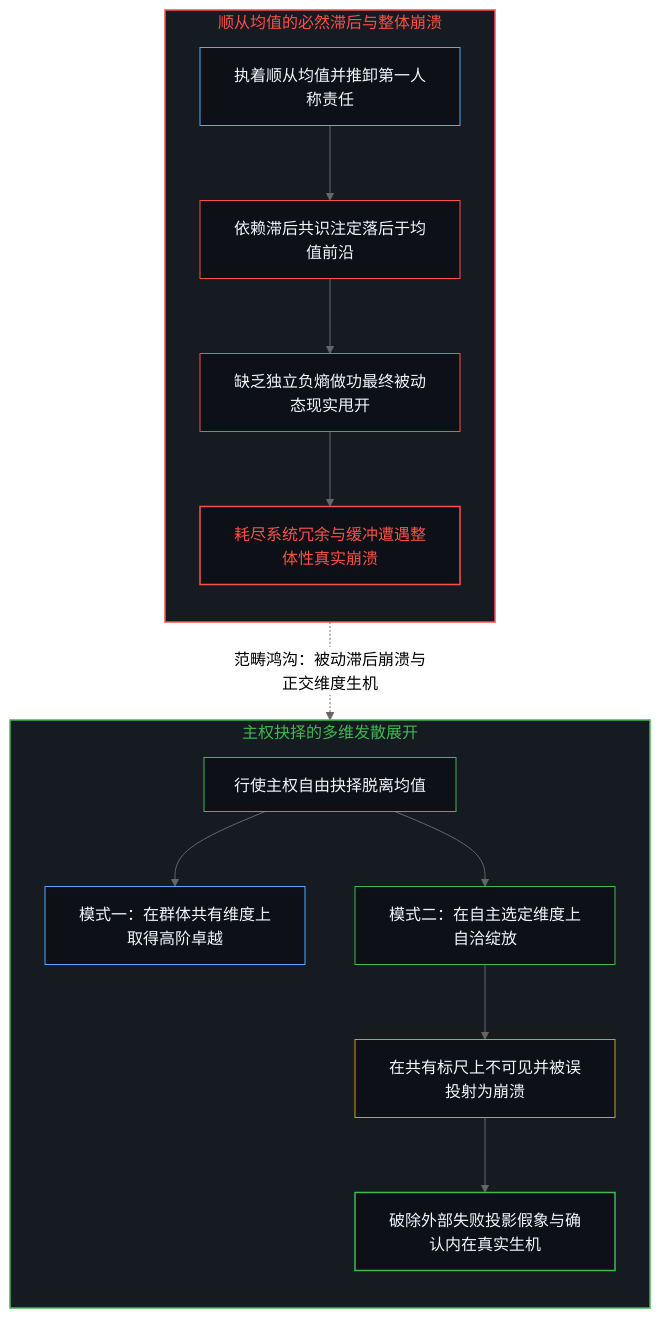
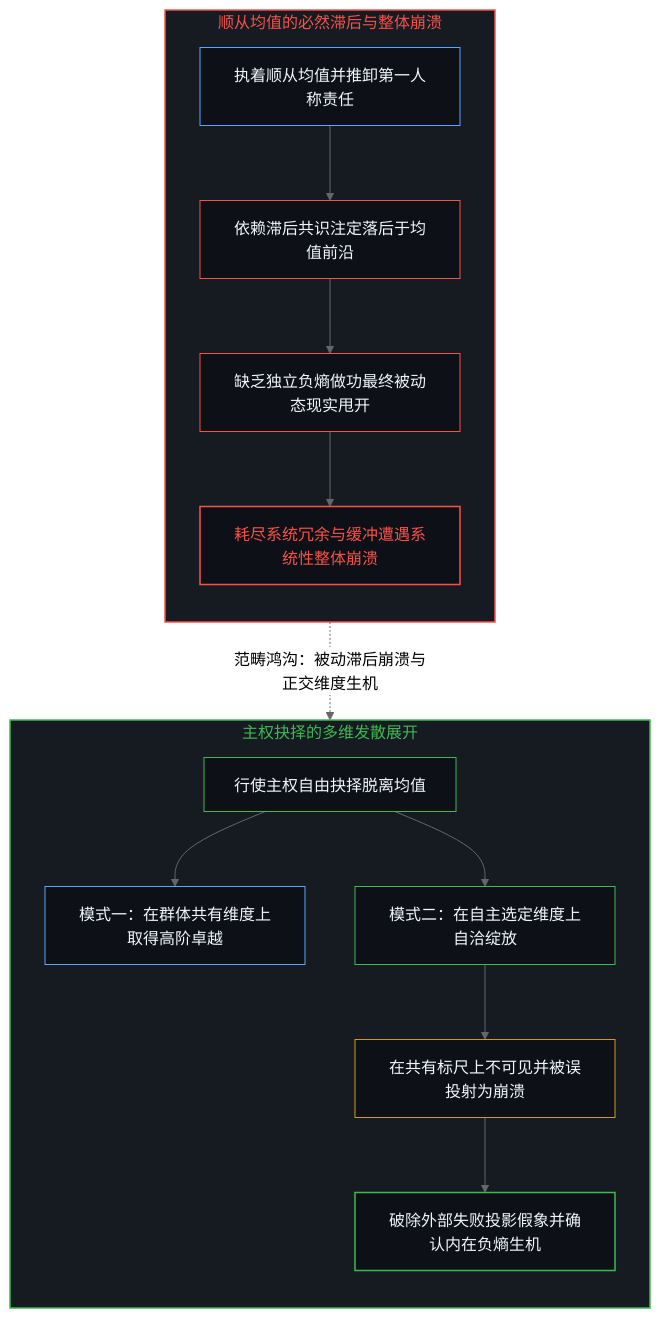
The seventh of 10 diagrams in content/posts/the-explanatory-trap-of-the-ordinary-perspective.md (powerpig99/not-a-toe), drawn with Mermaid (neutral theme) before and after one commit. The commit also changed other lines of this file and 2 other files, not shown here.

````diff
--- a/content/posts/the-explanatory-trap-of-the-ordinary-perspective.md
+++ b/content/posts/the-explanatory-trap-of-the-ordinary-perspective.md
@@ -239,31 +221,28 @@
 ```mermaid
 flowchart TD
     subgraph S_MeanConformity ["顺从均值的必然滞后与整体崩溃"]
         direction TB
         C_Conform["执着顺从均值并推卸第一人称责任"] --> C_Lag["依赖滞后共识注定落后于均值前沿"]
         C_Lag --> C_Outrun["缺乏独立负熵做功最终被动态现实甩开"]
-        C_Outrun --> C_Collapse["耗尽系统冗余与缓冲遭遇整体性真实崩溃"]
+        C_Outrun --> C_Collapse["耗尽系统冗余与缓冲遭遇系统性整体崩溃"]
     end
-
     subgraph S_SovereignBreak ["主权抉择的多维发散展开"]
         direction TB
         S_Break["行使主权自由抉择脱离均值"] --> S_Shared["模式一：在群体共有维度上取得高阶卓越"]
         S_Break --> S_Orthogonal["模式二：在自主选定维度上自洽绽放"]
         S_Orthogonal --> S_Projection["在共有标尺上不可见并被误投射为崩溃"]
-        S_Projection --> S_Reality["破除外部失败投影假象与确认内在真实生机"]
+        S_Projection --> S_Reality["破除外部失败投影假象并确认内在负熵生机"]
     end
-
     C_Collapse -.->|"范畴鸿沟：被动滞后崩溃与正交维度生机"| S_Projection
-
     style S_MeanConformity fill:#161b22,stroke:#f85149,stroke-width:1.5px,color:#f85149
     style S_SovereignBreak fill:#161b22,stroke:#3fb950,stroke-width:1.5px,color:#3fb950
     style C_Conform fill:#0d1117,stroke:#58a6ff,stroke-width:1px,color:#f0f6fc
     style C_Lag fill:#0d1117,stroke:#f85149,stroke-width:1px,color:#f0f6fc
     style C_Outrun fill:#0d1117,stroke:#f85149,stroke-width:1px,color:#f0f6fc
     style C_Collapse fill:#0d1117,stroke:#f85149,stroke-width:1.5px,color:#f85149
     style S_Break fill:#0d1117,stroke:#3fb950,stroke-width:1px,color:#f0f6fc
     style S_Shared fill:#0d1117,stroke:#58a6ff,stroke-width:1px,color:#f0f6fc
     style S_Orthogonal fill:#0d1117,stroke:#3fb950,stroke-width:1px,color:#f0f6fc
     style S_Projection fill:#0d1117,stroke:#d29922,stroke-width:1px,color:#f0f6fc
     style S_Reality fill:#0d1117,stroke:#3fb950,stroke-width:1.5px,color:#f0f6fc
 ```
````
